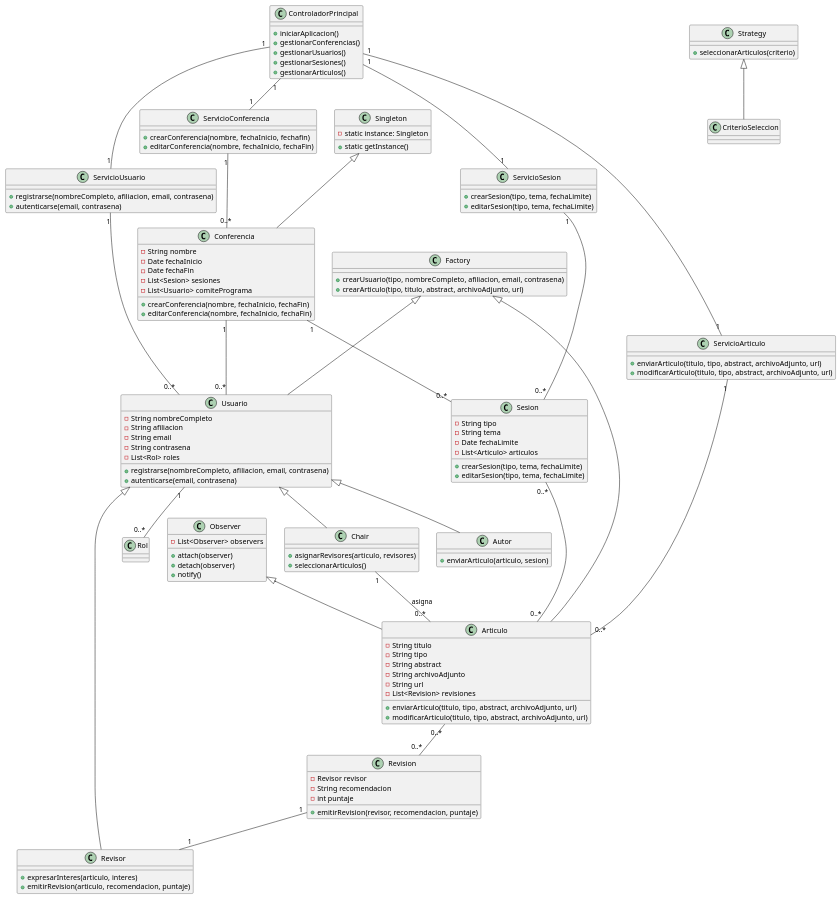
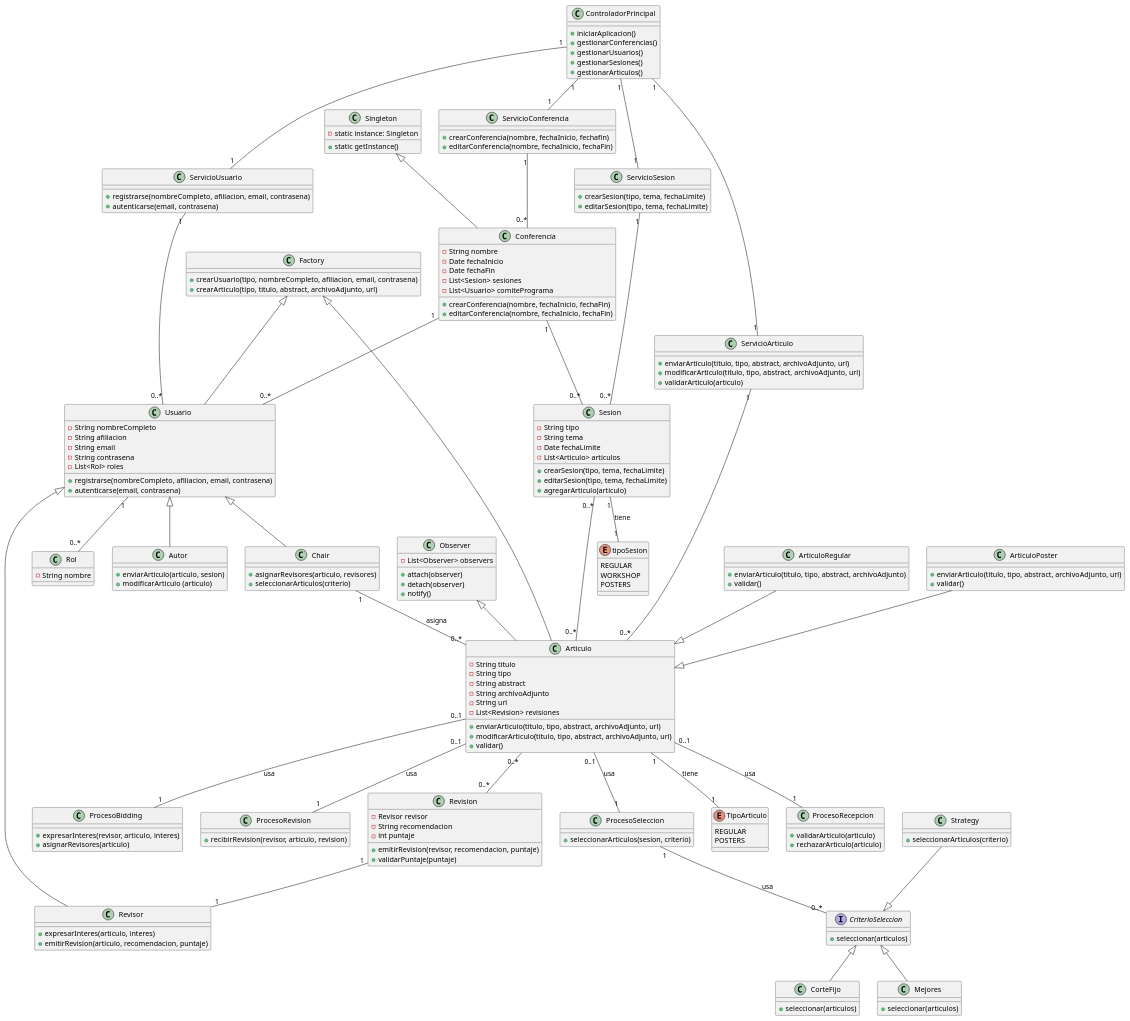
Before and after one commit to ivan2003sr/TyH2024-Tpfinal: the diagram in UmlDiagram.puml, drawn with PlantUML. The commit also changed 1 other file, not shown here.

Commit message:
Aguilar Ivan. Se mejora el diagrama, agregando enumeraciones para tipoSesion y TipoArticulo, también se mejora la relación entre clases. Se agregan validaciones adicionales.

```diff
--- a/UmlDiagram.puml
+++ b/UmlDiagram.puml
@@ -1,4 +1,17 @@
-@startuml
+@startuml Diagrama
+
+' Enumaraciones
+enum tipoSesion {
+    REGULAR 
+    WORKSHOP
+    POSTERS
+
+}
+
+enum TipoArticulo {
+    REGULAR 
+    POSTERS
+}
 
 ' Gestión de Conferencias
 class Conferencia {
@@ -18,6 +31,7 @@
     - List<Articulo> articulos
     + crearSesion(tipo, tema, fechaLimite)
     + editarSesion(tipo, tema, fechaLimite)
+    + agregarArticulo(articulo)
 }
 
 ' Gestión de Usuarios
@@ -31,8 +45,13 @@
     + autenticarse(email, contrasena)
 }
 
+class Rol {
+    - String nombre
+}
+
 class Autor {
     + enviarArticulo(articulo, sesion)
+    + modificarArticulo (articulo)
 }
 
 class Revisor {
@@ -42,7 +61,7 @@
 
 class Chair {
     + asignarRevisores(articulo, revisores)
-    + seleccionarArticulos()
+    + seleccionarArticulos(criterio)
 }
 
 ' Gestión de Artículos
@@ -55,13 +74,63 @@
     - List<Revision> revisiones
     + enviarArticulo(titulo, tipo, abstract, archivoAdjunto, url)
     + modificarArticulo(titulo, tipo, abstract, archivoAdjunto, url)
+    + validar()
 }
+
+class ArticuloRegular  {
+    + enviarArticulo(titulo, tipo, abstract, archivoAdjunto)
+    + validar()
+}
+
+class ArticuloPoster  {
+    + enviarArticulo(titulo, tipo, abstract, archivoAdjunto, url)
+    + validar()
+}
+
 
 class Revision {
     - Revisor revisor
     - String recomendacion
     - int puntaje
     + emitirRevision(revisor, recomendacion, puntaje)
+    + validarPuntaje(puntaje)
+}
+
+
+
+' Proceso de Recepción
+class ProcesoRecepcion {
+    + validarArticulo(articulo)
+    + rechazarArticulo(articulo)
+}
+
+' Proceso de Bidding
+class ProcesoBidding {
+    + expresarInteres(revisor, articulo, interes)
+    + asignarRevisores(articulo)
+}
+
+' Proceso de Revisión
+class ProcesoRevision {
+    + recibirRevision(revisor, articulo, revision)
+}
+
+' Proceso de Selección
+class ProcesoSeleccion {
+    + seleccionarArticulos(sesion, criterio)
+}
+
+' Criterios de Selección
+interface CriterioSeleccion {
+    + seleccionar(articulos)
+}
+
+class CorteFijo  {
+    + seleccionar(articulos)
+}
+
+class Mejores  {
+    + seleccionar(articulos)
 }
 
 ' Punto de Entrada
@@ -79,6 +148,8 @@
     + editarConferencia(nombre, fechaInicio, fechaFin)
 }
 
+
+
 class ServicioUsuario {
     + registrarse(nombreCompleto, afiliacion, email, contrasena)
     + autenticarse(email, contrasena)
@@ -92,6 +163,7 @@
 class ServicioArticulo {
     + enviarArticulo(titulo, tipo, abstract, archivoAdjunto, url)
     + modificarArticulo(titulo, tipo, abstract, archivoAdjunto, url)
+    + validarArticulo(articulo)
 }
 
 ' Patrones de Diseño
@@ -133,12 +205,23 @@
 Revision "1" -- "1" Revisor
 Chair "1" -- "0..*" Articulo : asigna
 Observer <|-- Articulo
-Strategy <|-- CriterioSeleccion
+Strategy --|> CriterioSeleccion
 Factory <|-- Usuario
 Factory <|-- Articulo
 Singleton <|-- Conferencia
 Usuario <|-- Autor
 Usuario <|-- Revisor
 Usuario <|-- Chair
+ArticuloRegular --|> Articulo
+ArticuloPoster --|> Articulo
+Articulo "0..1" -- "1" ProcesoRecepcion : usa
+Articulo "0..1" -- "1" ProcesoBidding : usa
+Articulo "0..1" -- "1" ProcesoRevision : usa
+Articulo "0..1" -- "1" ProcesoSeleccion : usa
+Articulo "1" -- "1" TipoArticulo : tiene
+Sesion "1" -- "1" tipoSesion : tiene
+ProcesoSeleccion "1" -- "0..*" CriterioSeleccion : usa
+CriterioSeleccion <|-- CorteFijo
+CriterioSeleccion <|-- Mejores
 
 @enduml
```
